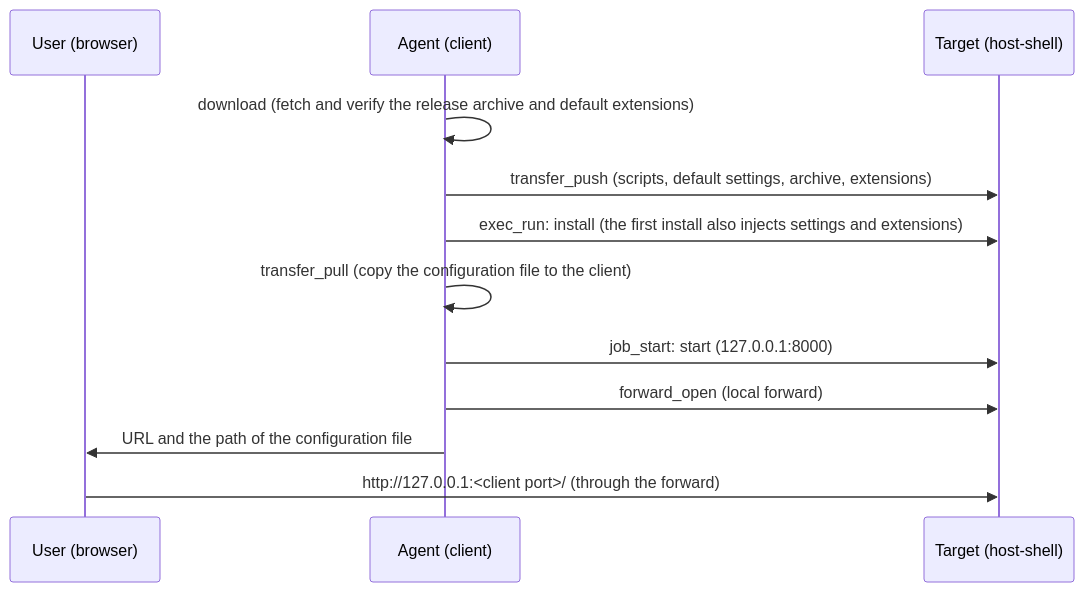
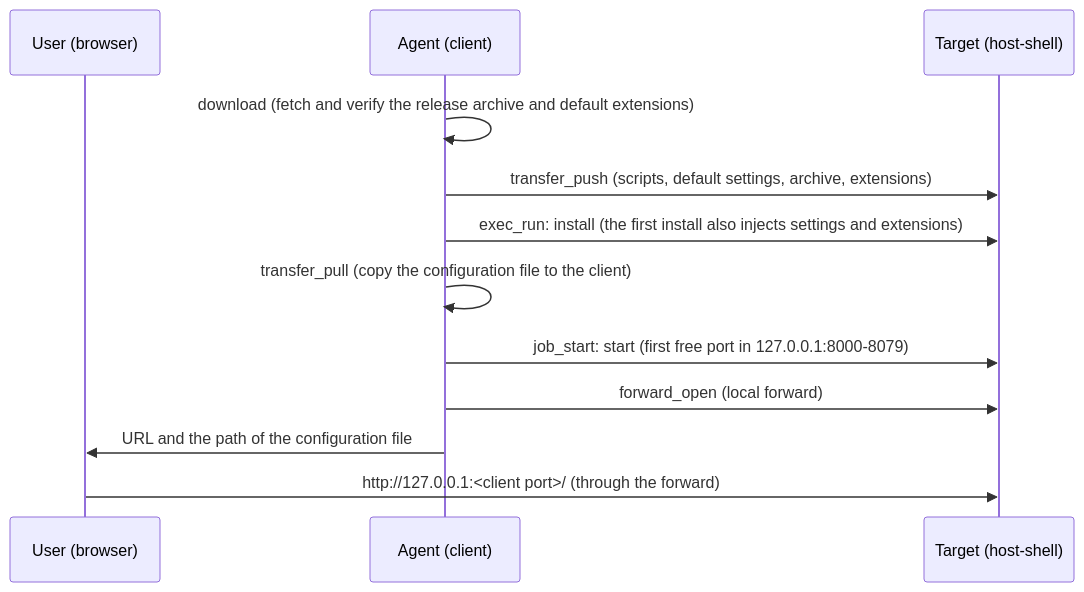
Before and after one commit to Hondarer/host-shell-mcp: the diagram in docs/en/code-server.md, drawn with Mermaid. The commit also changed other lines of this file and 24 other files, not shown here.

First line of the commit message:
Pick a free code-server port and support container routes

````diff
--- a/docs/en/code-server.md
+++ b/docs/en/code-server.md
@@ -12,14 +12,14 @@
 ```mermaid
 sequenceDiagram
     participant U as User (browser)
     participant A as Agent (client)
     participant T as Target (host-shell)
     A->>A: download (fetch and verify the release archive and default extensions)
     A->>T: transfer_push (scripts, default settings, archive, extensions)
     A->>T: exec_run: install (the first install also injects settings and extensions)
     A->>A: transfer_pull (copy the configuration file to the client)
-    A->>T: job_start: start (127.0.0.1:8000)
+    A->>T: job_start: start (first free port in 127.0.0.1:8000-8079)
     A->>T: forward_open (local forward)
     A->>U: URL and the path of the configuration file
     U->>T: http://127.0.0.1:<client port>/ (through the forward)
 ```
````
